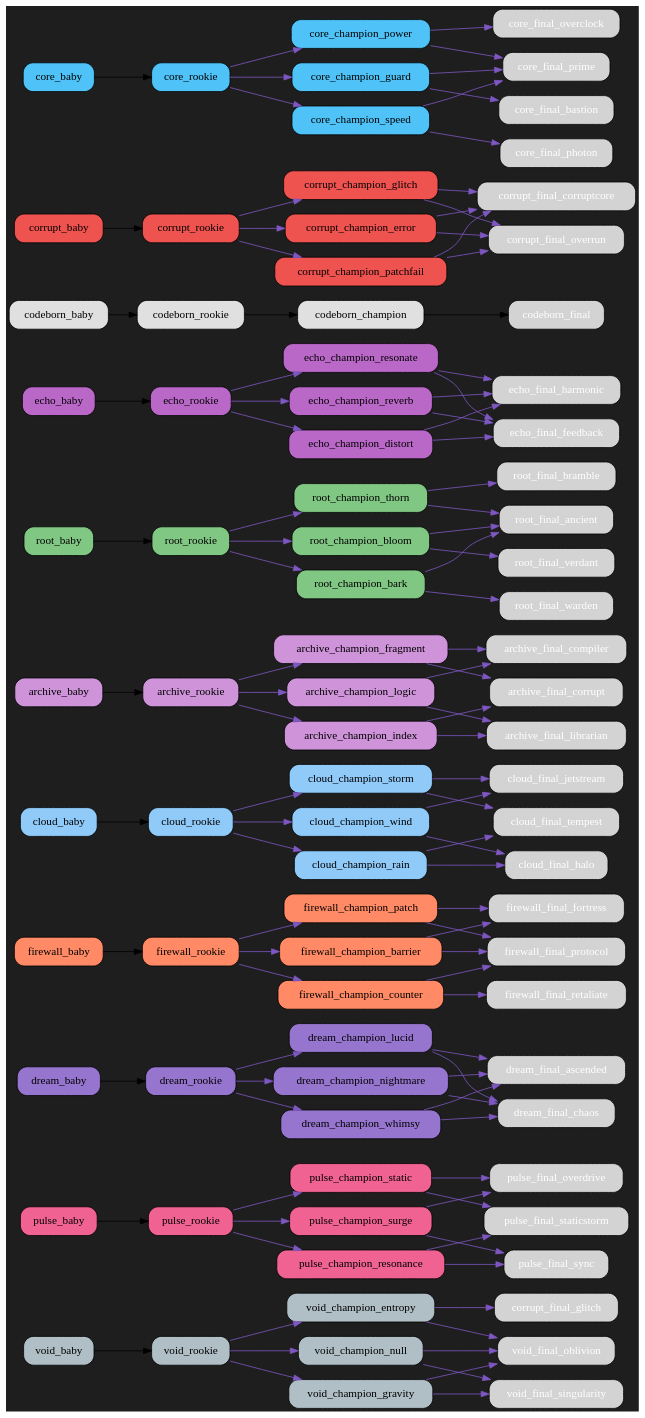
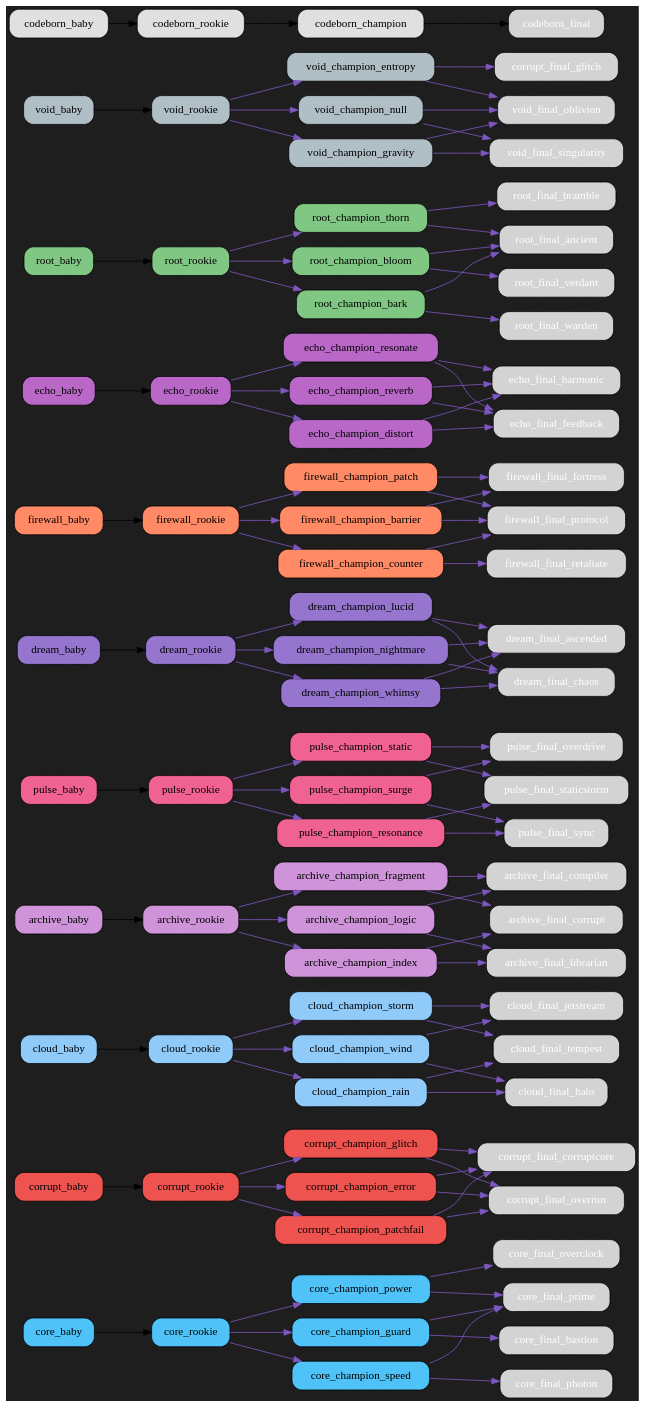
One commit to bwlight/NetGrid changed the diagram in src/netgrid/systems/evolution/graphs/dark/evolution_graph_dark.dot. Above: the diagram before and after it, drawn with Graphviz. The commit also changed other lines of this file and 8 other files, not shown here.

Commit message:
Auto-update evolution graphs

```diff
--- a/src/netgrid/systems/evolution/graphs/dark/evolution_graph_dark.dot
+++ b/src/netgrid/systems/evolution/graphs/dark/evolution_graph_dark.dot
@@ -2,21 +2,66 @@
   rankdir=LR;
   bgcolor="#1e1e1e";
   node [shape=box, style="rounded,filled", fontcolor="white"];
-  "void_baby" [fillcolor="#b0bec5", fontcolor="black"];
-  "void_baby" -> "void_rookie";
-  "void_rookie" [fillcolor="#b0bec5", fontcolor="black"];
-  "void_rookie" -> "void_champion_entropy" [color="#7e57c2"];
-  "void_rookie" -> "void_champion_gravity" [color="#7e57c2"];
-  "void_rookie" -> "void_champion_null" [color="#7e57c2"];
-  "void_champion_entropy" [fillcolor="#b0bec5", fontcolor="black"];
-  "void_champion_entropy" -> "corrupt_final_glitch" [color="#7e57c2"];
-  "void_champion_entropy" -> "void_final_oblivion" [color="#7e57c2"];
-  "void_champion_gravity" [fillcolor="#b0bec5", fontcolor="black"];
-  "void_champion_gravity" -> "void_final_singularity" [color="#7e57c2"];
-  "void_champion_gravity" -> "void_final_oblivion" [color="#7e57c2"];
-  "void_champion_null" [fillcolor="#b0bec5", fontcolor="black"];
-  "void_champion_null" -> "void_final_oblivion" [color="#7e57c2"];
-  "void_champion_null" -> "void_final_singularity" [color="#7e57c2"];
+  "core_baby" [fillcolor="#4fc3f7", fontcolor="black"];
+  "core_baby" -> "core_rookie";
+  "core_rookie" [fillcolor="#4fc3f7", fontcolor="black"];
+  "core_rookie" -> "core_champion_power" [color="#7e57c2"];
+  "core_rookie" -> "core_champion_guard" [color="#7e57c2"];
+  "core_rookie" -> "core_champion_speed" [color="#7e57c2"];
+  "core_champion_power" [fillcolor="#4fc3f7", fontcolor="black"];
+  "core_champion_power" -> "core_final_overclock" [color="#7e57c2"];
+  "core_champion_power" -> "core_final_prime" [color="#7e57c2"];
+  "core_champion_guard" [fillcolor="#4fc3f7", fontcolor="black"];
+  "core_champion_guard" -> "core_final_bastion" [color="#7e57c2"];
+  "core_champion_guard" -> "core_final_prime" [color="#7e57c2"];
+  "core_champion_speed" [fillcolor="#4fc3f7", fontcolor="black"];
+  "core_champion_speed" -> "core_final_photon" [color="#7e57c2"];
+  "core_champion_speed" -> "core_final_prime" [color="#7e57c2"];
+  "corrupt_baby" [fillcolor="#ef5350", fontcolor="black"];
+  "corrupt_baby" -> "corrupt_rookie";
+  "corrupt_rookie" [fillcolor="#ef5350", fontcolor="black"];
+  "corrupt_rookie" -> "corrupt_champion_glitch" [color="#7e57c2"];
+  "corrupt_rookie" -> "corrupt_champion_error" [color="#7e57c2"];
+  "corrupt_rookie" -> "corrupt_champion_patchfail" [color="#7e57c2"];
+  "corrupt_champion_glitch" [fillcolor="#ef5350", fontcolor="black"];
+  "corrupt_champion_glitch" -> "corrupt_final_corruptcore" [color="#7e57c2"];
+  "corrupt_champion_glitch" -> "corrupt_final_overrun" [color="#7e57c2"];
+  "corrupt_champion_error" [fillcolor="#ef5350", fontcolor="black"];
+  "corrupt_champion_error" -> "corrupt_final_overrun" [color="#7e57c2"];
+  "corrupt_champion_error" -> "corrupt_final_corruptcore" [color="#7e57c2"];
+  "corrupt_champion_patchfail" [fillcolor="#ef5350", fontcolor="black"];
+  "corrupt_champion_patchfail" -> "corrupt_final_corruptcore" [color="#7e57c2"];
+  "corrupt_champion_patchfail" -> "corrupt_final_overrun" [color="#7e57c2"];
+  "cloud_baby" [fillcolor="#90caf9", fontcolor="black"];
+  "cloud_baby" -> "cloud_rookie";
+  "cloud_rookie" [fillcolor="#90caf9", fontcolor="black"];
+  "cloud_rookie" -> "cloud_champion_wind" [color="#7e57c2"];
+  "cloud_rookie" -> "cloud_champion_rain" [color="#7e57c2"];
+  "cloud_rookie" -> "cloud_champion_storm" [color="#7e57c2"];
+  "cloud_champion_wind" [fillcolor="#90caf9", fontcolor="black"];
+  "cloud_champion_wind" -> "cloud_final_jetstream" [color="#7e57c2"];
+  "cloud_champion_wind" -> "cloud_final_halo" [color="#7e57c2"];
+  "cloud_champion_rain" [fillcolor="#90caf9", fontcolor="black"];
+  "cloud_champion_rain" -> "cloud_final_halo" [color="#7e57c2"];
+  "cloud_champion_rain" -> "cloud_final_tempest" [color="#7e57c2"];
+  "cloud_champion_storm" [fillcolor="#90caf9", fontcolor="black"];
+  "cloud_champion_storm" -> "cloud_final_tempest" [color="#7e57c2"];
+  "cloud_champion_storm" -> "cloud_final_jetstream" [color="#7e57c2"];
+  "archive_baby" [fillcolor="#ce93d8", fontcolor="black"];
+  "archive_baby" -> "archive_rookie";
+  "archive_rookie" [fillcolor="#ce93d8", fontcolor="black"];
+  "archive_rookie" -> "archive_champion_logic" [color="#7e57c2"];
+  "archive_rookie" -> "archive_champion_index" [color="#7e57c2"];
+  "archive_rookie" -> "archive_champion_fragment" [color="#7e57c2"];
+  "archive_champion_logic" [fillcolor="#ce93d8", fontcolor="black"];
+  "archive_champion_logic" -> "archive_final_compiler" [color="#7e57c2"];
+  "archive_champion_logic" -> "archive_final_librarian" [color="#7e57c2"];
+  "archive_champion_index" [fillcolor="#ce93d8", fontcolor="black"];
+  "archive_champion_index" -> "archive_final_librarian" [color="#7e57c2"];
+  "archive_champion_index" -> "archive_final_corrupt" [color="#7e57c2"];
+  "archive_champion_fragment" [fillcolor="#ce93d8", fontcolor="black"];
+  "archive_champion_fragment" -> "archive_final_corrupt" [color="#7e57c2"];
+  "archive_champion_fragment" -> "archive_final_compiler" [color="#7e57c2"];
   "pulse_baby" [fillcolor="#f06292", fontcolor="black"];
   "pulse_baby" -> "pulse_rookie";
   "pulse_rookie" [fillcolor="#f06292", fontcolor="black"];
@@ -62,36 +107,21 @@
   "firewall_champion_patch" [fillcolor="#ff8a65", fontcolor="black"];
   "firewall_champion_patch" -> "firewall_final_protocol" [color="#7e57c2"];
   "firewall_champion_patch" -> "firewall_final_fortress" [color="#7e57c2"];
-  "cloud_baby" [fillcolor="#90caf9", fontcolor="black"];
-  "cloud_baby" -> "cloud_rookie";
-  "cloud_rookie" [fillcolor="#90caf9", fontcolor="black"];
-  "cloud_rookie" -> "cloud_champion_wind" [color="#7e57c2"];
-  "cloud_rookie" -> "cloud_champion_rain" [color="#7e57c2"];
-  "cloud_rookie" -> "cloud_champion_storm" [color="#7e57c2"];
-  "cloud_champion_wind" [fillcolor="#90caf9", fontcolor="black"];
-  "cloud_champion_wind" -> "cloud_final_jetstream" [color="#7e57c2"];
-  "cloud_champion_wind" -> "cloud_final_halo" [color="#7e57c2"];
-  "cloud_champion_rain" [fillcolor="#90caf9", fontcolor="black"];
-  "cloud_champion_rain" -> "cloud_final_halo" [color="#7e57c2"];
-  "cloud_champion_rain" -> "cloud_final_tempest" [color="#7e57c2"];
-  "cloud_champion_storm" [fillcolor="#90caf9", fontcolor="black"];
-  "cloud_champion_storm" -> "cloud_final_tempest" [color="#7e57c2"];
-  "cloud_champion_storm" -> "cloud_final_jetstream" [color="#7e57c2"];
-  "archive_baby" [fillcolor="#ce93d8", fontcolor="black"];
-  "archive_baby" -> "archive_rookie";
-  "archive_rookie" [fillcolor="#ce93d8", fontcolor="black"];
-  "archive_rookie" -> "archive_champion_logic" [color="#7e57c2"];
-  "archive_rookie" -> "archive_champion_index" [color="#7e57c2"];
-  "archive_rookie" -> "archive_champion_fragment" [color="#7e57c2"];
-  "archive_champion_logic" [fillcolor="#ce93d8", fontcolor="black"];
-  "archive_champion_logic" -> "archive_final_compiler" [color="#7e57c2"];
-  "archive_champion_logic" -> "archive_final_librarian" [color="#7e57c2"];
-  "archive_champion_index" [fillcolor="#ce93d8", fontcolor="black"];
-  "archive_champion_index" -> "archive_final_librarian" [color="#7e57c2"];
-  "archive_champion_index" -> "archive_final_corrupt" [color="#7e57c2"];
-  "archive_champion_fragment" [fillcolor="#ce93d8", fontcolor="black"];
-  "archive_champion_fragment" -> "archive_final_corrupt" [color="#7e57c2"];
-  "archive_champion_fragment" -> "archive_final_compiler" [color="#7e57c2"];
+  "echo_baby" [fillcolor="#ba68c8", fontcolor="black"];
+  "echo_baby" -> "echo_rookie";
+  "echo_rookie" [fillcolor="#ba68c8", fontcolor="black"];
+  "echo_rookie" -> "echo_champion_resonate" [color="#7e57c2"];
+  "echo_rookie" -> "echo_champion_reverb" [color="#7e57c2"];
+  "echo_rookie" -> "echo_champion_distort" [color="#7e57c2"];
+  "echo_champion_resonate" [fillcolor="#ba68c8", fontcolor="black"];
+  "echo_champion_resonate" -> "echo_final_harmonic" [color="#7e57c2"];
+  "echo_champion_resonate" -> "echo_final_feedback" [color="#7e57c2"];
+  "echo_champion_reverb" [fillcolor="#ba68c8", fontcolor="black"];
+  "echo_champion_reverb" -> "echo_final_feedback" [color="#7e57c2"];
+  "echo_champion_reverb" -> "echo_final_harmonic" [color="#7e57c2"];
+  "echo_champion_distort" [fillcolor="#ba68c8", fontcolor="black"];
+  "echo_champion_distort" -> "echo_final_feedback" [color="#7e57c2"];
+  "echo_champion_distort" -> "echo_final_harmonic" [color="#7e57c2"];
   "root_baby" [fillcolor="#81c784", fontcolor="black"];
   "root_baby" -> "root_rookie";
   "root_rookie" [fillcolor="#81c784", fontcolor="black"];
@@ -107,55 +137,25 @@
   "root_champion_bark" [fillcolor="#81c784", fontcolor="black"];
   "root_champion_bark" -> "root_final_warden" [color="#7e57c2"];
   "root_champion_bark" -> "root_final_ancient" [color="#7e57c2"];
-  "echo_baby" [fillcolor="#ba68c8", fontcolor="black"];
-  "echo_baby" -> "echo_rookie";
-  "echo_rookie" [fillcolor="#ba68c8", fontcolor="black"];
-  "echo_rookie" -> "echo_champion_resonate" [color="#7e57c2"];
-  "echo_rookie" -> "echo_champion_reverb" [color="#7e57c2"];
-  "echo_rookie" -> "echo_champion_distort" [color="#7e57c2"];
-  "echo_champion_resonate" [fillcolor="#ba68c8", fontcolor="black"];
-  "echo_champion_resonate" -> "echo_final_harmonic" [color="#7e57c2"];
-  "echo_champion_resonate" -> "echo_final_feedback" [color="#7e57c2"];
-  "echo_champion_reverb" [fillcolor="#ba68c8", fontcolor="black"];
-  "echo_champion_reverb" -> "echo_final_feedback" [color="#7e57c2"];
-  "echo_champion_reverb" -> "echo_final_harmonic" [color="#7e57c2"];
-  "echo_champion_distort" [fillcolor="#ba68c8", fontcolor="black"];
-  "echo_champion_distort" -> "echo_final_feedback" [color="#7e57c2"];
-  "echo_champion_distort" -> "echo_final_harmonic" [color="#7e57c2"];
+  "void_baby" [fillcolor="#b0bec5", fontcolor="black"];
+  "void_baby" -> "void_rookie";
+  "void_rookie" [fillcolor="#b0bec5", fontcolor="black"];
+  "void_rookie" -> "void_champion_entropy" [color="#7e57c2"];
+  "void_rookie" -> "void_champion_gravity" [color="#7e57c2"];
+  "void_rookie" -> "void_champion_null" [color="#7e57c2"];
+  "void_champion_entropy" [fillcolor="#b0bec5", fontcolor="black"];
+  "void_champion_entropy" -> "corrupt_final_glitch" [color="#7e57c2"];
+  "void_champion_entropy" -> "void_final_oblivion" [color="#7e57c2"];
+  "void_champion_gravity" [fillcolor="#b0bec5", fontcolor="black"];
+  "void_champion_gravity" -> "void_final_singularity" [color="#7e57c2"];
+  "void_champion_gravity" -> "void_final_oblivion" [color="#7e57c2"];
+  "void_champion_null" [fillcolor="#b0bec5", fontcolor="black"];
+  "void_champion_null" -> "void_final_oblivion" [color="#7e57c2"];
+  "void_champion_null" -> "void_final_singularity" [color="#7e57c2"];
   "codeborn_baby" [fillcolor="#e0e0e0", fontcolor="black"];
   "codeborn_baby" -> "codeborn_rookie";
   "codeborn_rookie" [fillcolor="#e0e0e0", fontcolor="black"];
   "codeborn_rookie" -> "codeborn_champion";
   "codeborn_champion" [fillcolor="#e0e0e0", fontcolor="black"];
   "codeborn_champion" -> "codeborn_final";
-  "corrupt_baby" [fillcolor="#ef5350", fontcolor="black"];
-  "corrupt_baby" -> "corrupt_rookie";
-  "corrupt_rookie" [fillcolor="#ef5350", fontcolor="black"];
-  "corrupt_rookie" -> "corrupt_champion_glitch" [color="#7e57c2"];
-  "corrupt_rookie" -> "corrupt_champion_error" [color="#7e57c2"];
-  "corrupt_rookie" -> "corrupt_champion_patchfail" [color="#7e57c2"];
-  "corrupt_champion_glitch" [fillcolor="#ef5350", fontcolor="black"];
-  "corrupt_champion_glitch" -> "corrupt_final_corruptcore" [color="#7e57c2"];
-  "corrupt_champion_glitch" -> "corrupt_final_overrun" [color="#7e57c2"];
-  "corrupt_champion_error" [fillcolor="#ef5350", fontcolor="black"];
-  "corrupt_champion_error" -> "corrupt_final_overrun" [color="#7e57c2"];
-  "corrupt_champion_error" -> "corrupt_final_corruptcore" [color="#7e57c2"];
-  "corrupt_champion_patchfail" [fillcolor="#ef5350", fontcolor="black"];
-  "corrupt_champion_patchfail" -> "corrupt_final_corruptcore" [color="#7e57c2"];
-  "corrupt_champion_patchfail" -> "corrupt_final_overrun" [color="#7e57c2"];
-  "core_baby" [fillcolor="#4fc3f7", fontcolor="black"];
-  "core_baby" -> "core_rookie";
-  "core_rookie" [fillcolor="#4fc3f7", fontcolor="black"];
-  "core_rookie" -> "core_champion_power" [color="#7e57c2"];
-  "core_rookie" -> "core_champion_guard" [color="#7e57c2"];
-  "core_rookie" -> "core_champion_speed" [color="#7e57c2"];
-  "core_champion_power" [fillcolor="#4fc3f7", fontcolor="black"];
-  "core_champion_power" -> "core_final_overclock" [color="#7e57c2"];
-  "core_champion_power" -> "core_final_prime" [color="#7e57c2"];
-  "core_champion_guard" [fillcolor="#4fc3f7", fontcolor="black"];
-  "core_champion_guard" -> "core_final_bastion" [color="#7e57c2"];
-  "core_champion_guard" -> "core_final_prime" [color="#7e57c2"];
-  "core_champion_speed" [fillcolor="#4fc3f7", fontcolor="black"];
-  "core_champion_speed" -> "core_final_photon" [color="#7e57c2"];
-  "core_champion_speed" -> "core_final_prime" [color="#7e57c2"];
 }
```
